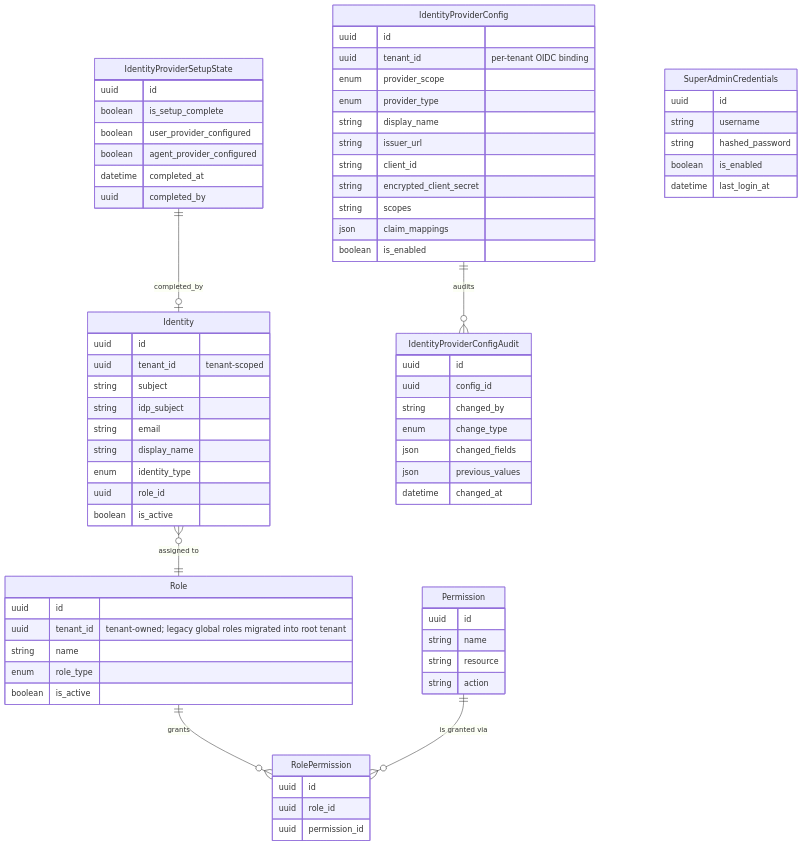
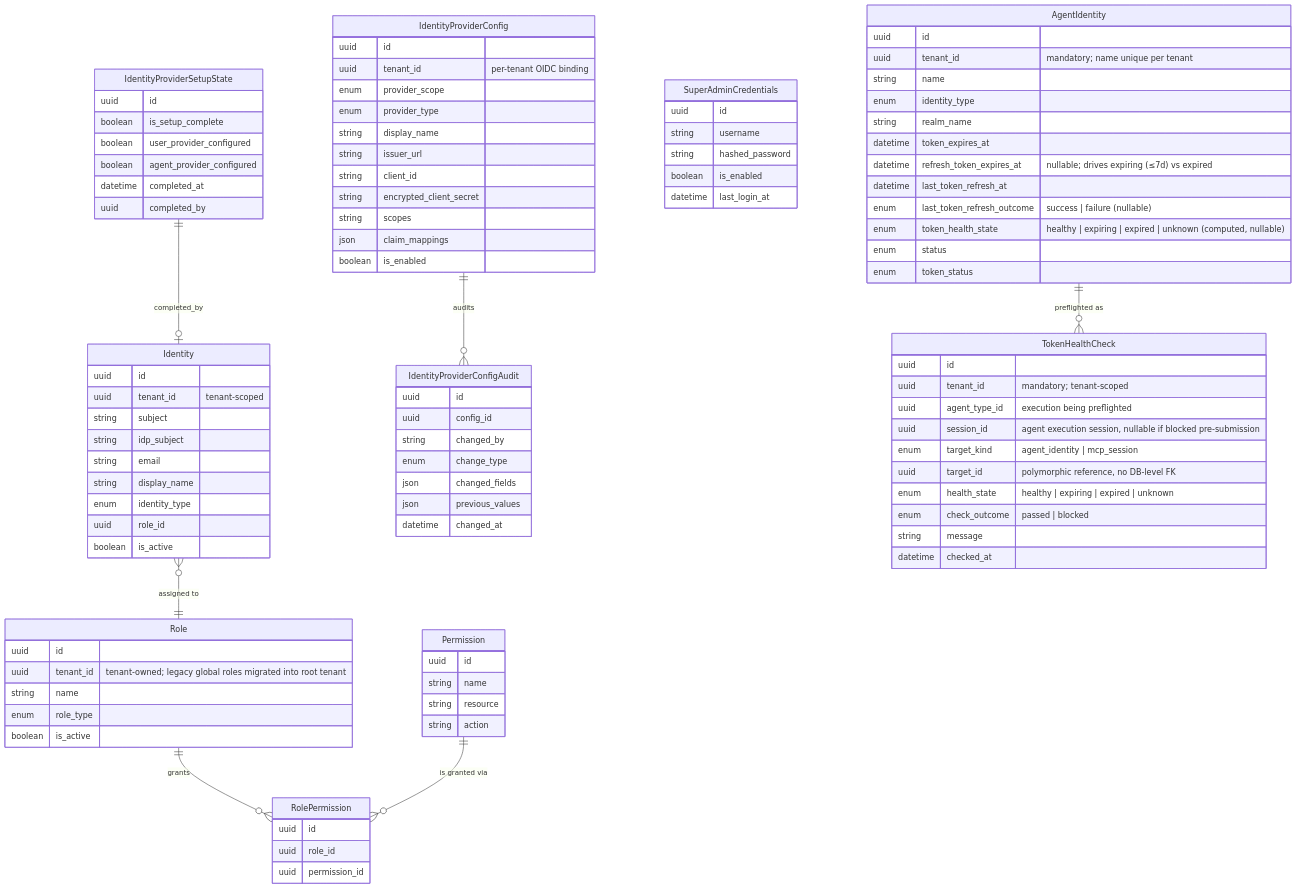
Before and after one commit to hurungang/parthenon: the first of 2 diagrams in docs/master/data-model/modules/identity/entities.md, drawn with Mermaid. The commit also changed other lines of this file and 181 other files, not shown here.

````diff
--- a/docs/master/data-model/modules/identity/entities.md
+++ b/docs/master/data-model/modules/identity/entities.md
@@ -68,10 +68,37 @@
         boolean is_enabled
         datetime last_login_at
     }
+    AgentIdentity {
+        uuid id
+        uuid tenant_id "mandatory; name unique per tenant"
+        string name
+        enum identity_type
+        string realm_name
+        datetime token_expires_at
+        datetime refresh_token_expires_at "nullable; drives expiring (≤7d) vs expired"
+        datetime last_token_refresh_at
+        enum last_token_refresh_outcome "success | failure (nullable)"
+        enum token_health_state "healthy | expiring | expired | unknown (computed, nullable)"
+        enum status
+        enum token_status
+    }
+    TokenHealthCheck {
+        uuid id
+        uuid tenant_id "mandatory; tenant-scoped"
+        uuid agent_type_id "execution being preflighted"
+        uuid session_id "agent execution session, nullable if blocked pre-submission"
+        enum target_kind "agent_identity | mcp_session"
+        uuid target_id "polymorphic reference, no DB-level FK"
+        enum health_state "healthy | expiring | expired | unknown"
+        enum check_outcome "passed | blocked"
+        string message
+        datetime checked_at
+    }
 
     Identity }o--|| Role : "assigned to"
     Role ||--o{ RolePermission : "grants"
     Permission ||--o{ RolePermission : "is granted via"
     IdentityProviderConfig ||--o{ IdentityProviderConfigAudit : "audits"
     IdentityProviderSetupState ||--o| Identity : "completed_by"
+    AgentIdentity ||--o{ TokenHealthCheck : "preflighted as"
 ```
````
